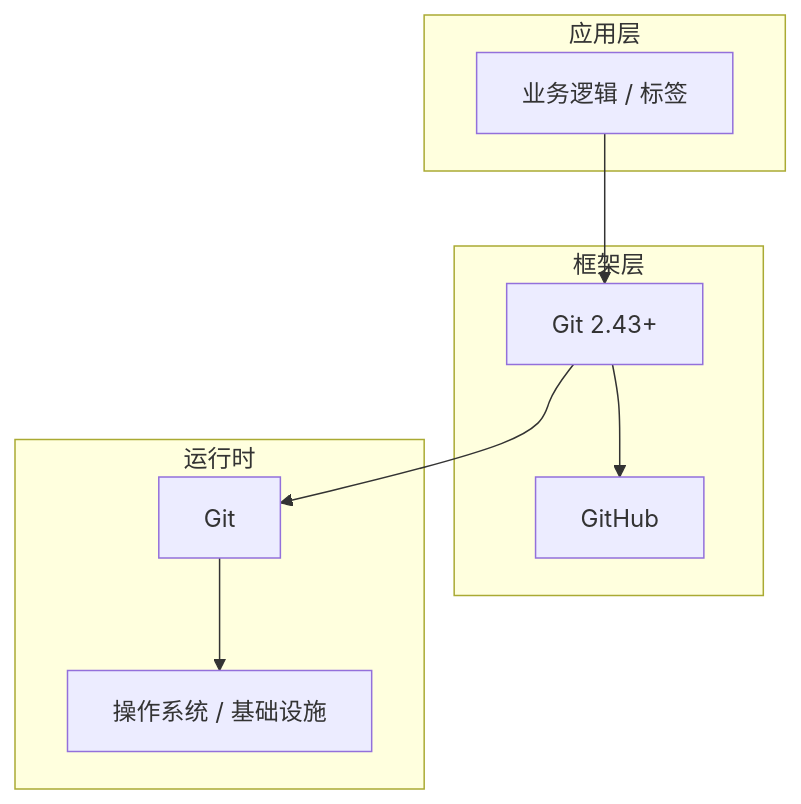
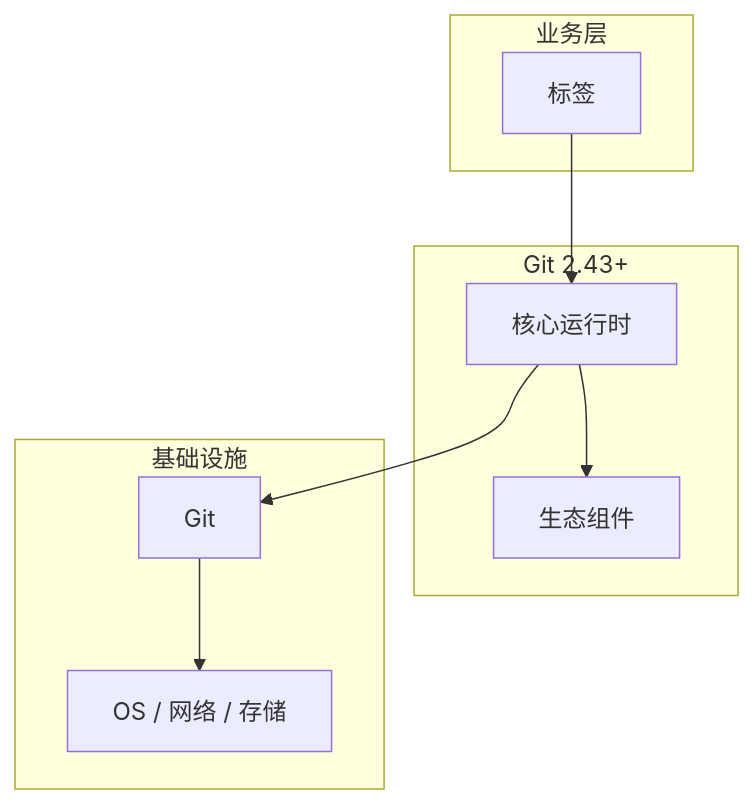
Before and after one commit to yanggan2015/knowledge-json-v2: the diagram in articles/Git版本控制/chapters/046-标签核心概念与原理.md, drawn with Mermaid. The commit also changed other lines of this file and 10127 other files, not shown here.

````diff
--- a/articles/Git版本控制/chapters/046-标签核心概念与原理.md
+++ b/articles/Git版本控制/chapters/046-标签核心概念与原理.md
@@ -45,18 +34,18 @@
 ```mermaid
 graph TB
-    subgraph 应用层
-        A[业务逻辑 / 标签]
+    subgraph 业务层
+        A[标签]
     end
-    subgraph 框架层
-        B[Git 2.43+]
-        C[GitHub]
+    subgraph Git 2.43+
+        B[核心运行时]
+        C[生态组件]
     end
-    subgraph 运行时
+    subgraph 基础设施
         D[Git]
-        E[操作系统 / 基础设施]
+        E[OS / 网络 / 存储]
     end
     A --> B
     B --> C
     B --> D
     D --> E
 ```
````
